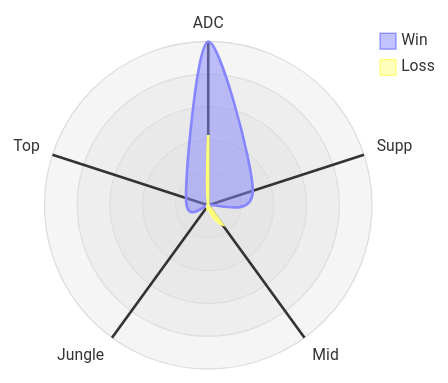
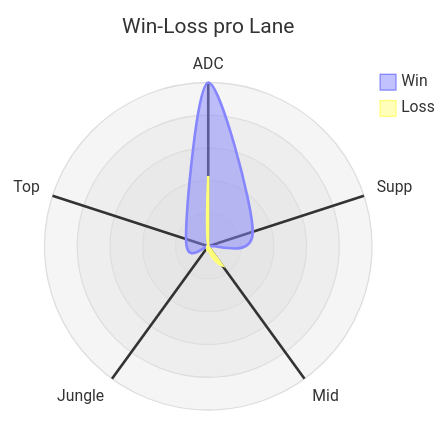
One commit to flowinho/zensical-website changed the fourth of 5 diagrams in docs/gaming/wild-rift.md. Above: the diagram before and after it, drawn with Mermaid. The commit also changed other lines of this file, not shown here.

````diff
--- a/docs/gaming/wild-rift.md
+++ b/docs/gaming/wild-rift.md
@@ -64,15 +73,16 @@
 ```mermaid
 ---
 config:
   radar:
     width: 250
     height: 250
 ---
 radar-beta
+  title Win-Loss pro Lane
   axis a["ADC"], s["Supp"], m["Mid"], j["Jungle"], t["Top"]
   curve w["Win"]{7, 2, 0, 0, 1}
   curve l["Loss"]{3, 0, 1, 0, 0}
 
   max 7
   min 0
 ```
````
